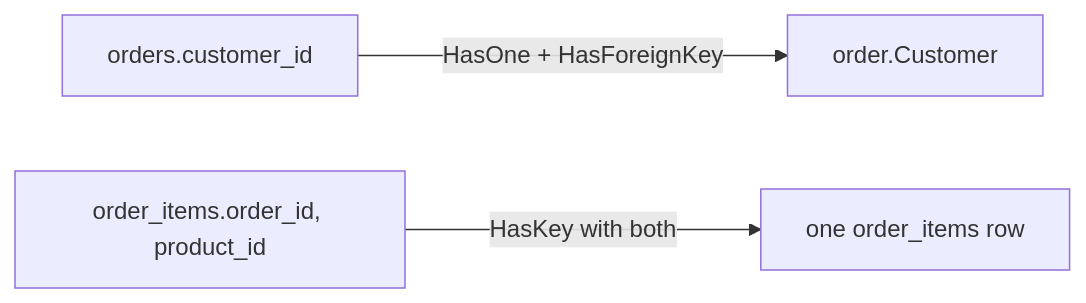
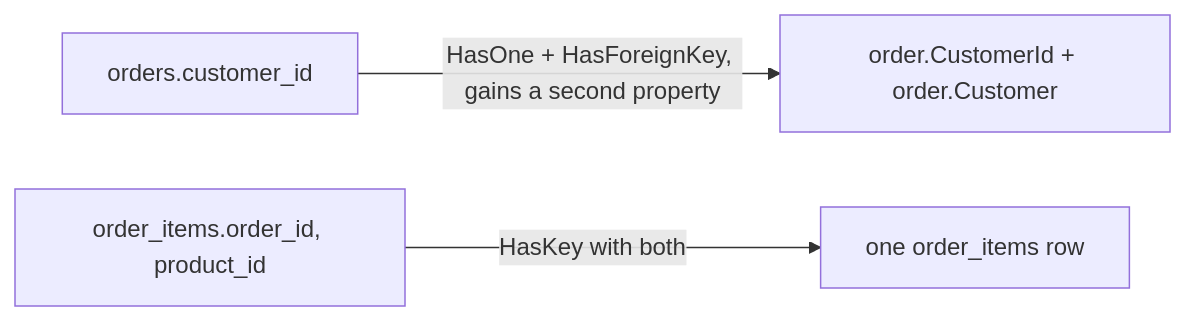
One commit to duyan11110/lo-trinh-architect changed the diagram in content/tracks/backend/orm-efcore/backend.l1.efcore-relationships-and-keys.en.md. Above: the diagram before and after it, drawn with Mermaid. The commit also changed other lines of this file and 3 other files, not shown here.

````diff
--- a/content/tracks/backend/orm-efcore/backend.l1.efcore-relationships-and-keys.en.md
+++ b/content/tracks/backend/orm-efcore/backend.l1.efcore-relationships-and-keys.en.md
@@ -39,5 +39,5 @@
 ```mermaid
 flowchart LR
-  A[orders.customer_id] -->|HasOne + HasForeignKey| B[order.Customer]
+  A[orders.customer_id] -->|HasOne + HasForeignKey, gains a second property| B[order.CustomerId + order.Customer]
   C[order_items.order_id, product_id] -->|HasKey with both| D[one order_items row]
 ```
````
